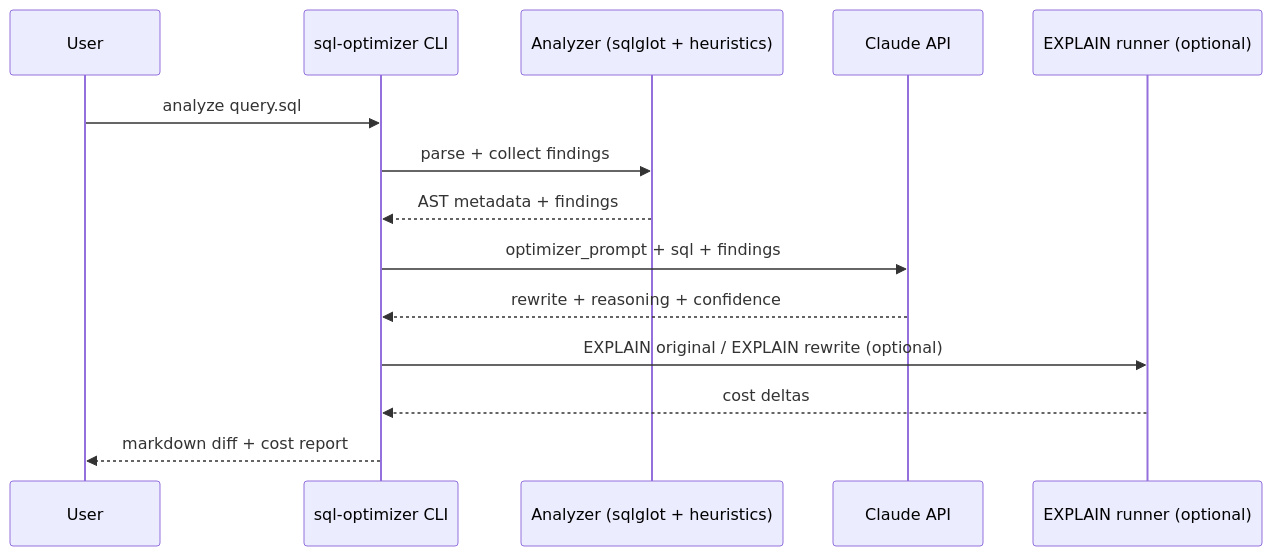
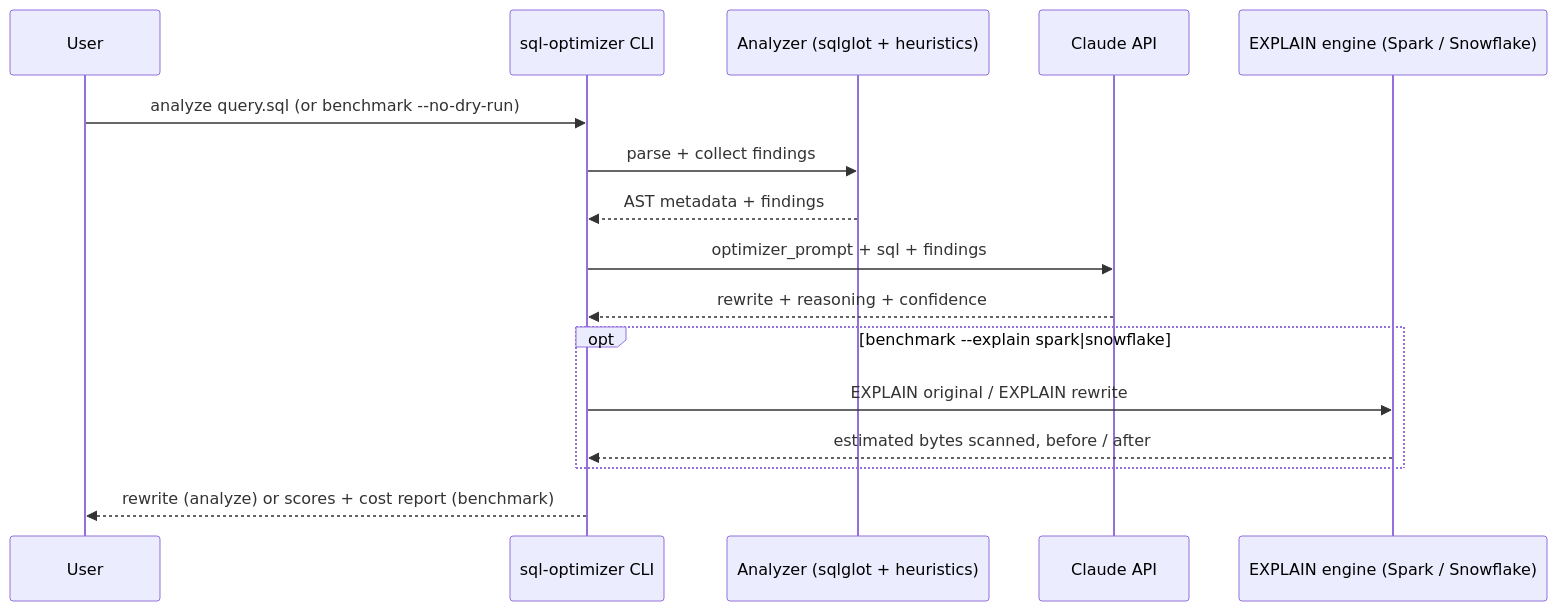
One commit to AlexHuggler/Huggler-portfolio changed the diagram in project-ai-sql-optimizer/README.md. Above: the diagram before and after it, drawn with Mermaid. The commit also changed other lines of this file and 11 other files, not shown here.

First line of the commit message:
feat(sql-optimizer): real --no-dry-run benchmark and optional EXPLAIN cost step

````diff
--- a/project-ai-sql-optimizer/README.md
+++ b/project-ai-sql-optimizer/README.md
@@ -29,17 +29,19 @@
 ```mermaid
 sequenceDiagram
   participant U as User
   participant CLI as sql-optimizer CLI
   participant A as Analyzer (sqlglot + heuristics)
   participant C as Claude API
-  participant E as EXPLAIN runner (optional)
+  participant E as EXPLAIN engine (Spark / Snowflake)
 
-  U->>CLI: analyze query.sql
+  U->>CLI: analyze query.sql (or benchmark --no-dry-run)
   CLI->>A: parse + collect findings
   A-->>CLI: AST metadata + findings
   CLI->>C: optimizer_prompt + sql + findings
   C-->>CLI: rewrite + reasoning + confidence
-  CLI->>E: EXPLAIN original / EXPLAIN rewrite (optional)
-  E-->>CLI: cost deltas
-  CLI-->>U: markdown diff + cost report
+  opt benchmark --explain spark|snowflake
+    CLI->>E: EXPLAIN original / EXPLAIN rewrite
+    E-->>CLI: estimated bytes scanned, before / after
+  end
+  CLI-->>U: rewrite (analyze) or scores + cost report (benchmark)
 ```
````
